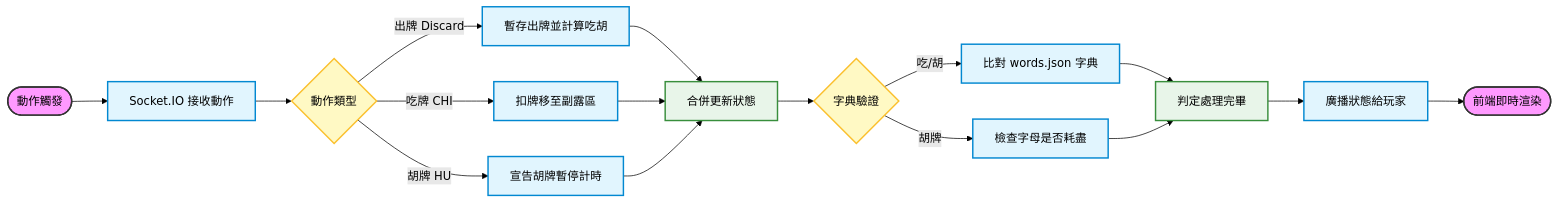
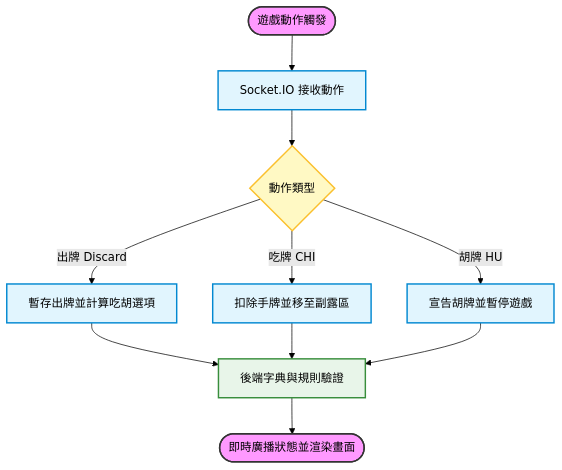
Before and after one commit to redbacon0423/english-mahjohn: the diagram in EXHIBITION.md, drawn with Mermaid (forest theme). The commit also changed 3 other files, not shown here.

Commit message:
docs: simplify process diagram steps for cleaner presentation and compact layout

````diff
--- a/EXHIBITION.md
+++ b/EXHIBITION.md
@@ -145,36 +145,27 @@
 ```mermaid
-flowchart LR
+flowchart TD
     %% Define Styles
     classDef startEnd fill:#f9f,stroke:#333,stroke-width:2px;
     classDef process fill:#e1f5fe,stroke:#0288d1,stroke-width:2px,color:#000;
     classDef branch fill:#fff9c4,stroke:#fbc02d,stroke-width:2px,color:#000;
     classDef merge fill:#e8f5e9,stroke:#388e3c,stroke-width:2px,color:#000;
     
-    Start([動作觸發]) --> ActionHandler[Socket.IO 接收動作]
+    Start([遊戲動作觸發]) --> ActionHandler[Socket.IO 接收動作]
     ActionHandler --> ActionBranch{動作類型}
     
-    ActionBranch -->|出牌 Discard| DiscardFlow[暫存出牌並計算吃胡]
-    ActionBranch -->|吃牌 CHI| ChiFlow[扣牌移至副露區]
-    ActionBranch -->|胡牌 HU| HuFlow[宣告胡牌暫停計時]
+    ActionBranch -->|出牌 Discard| DiscardFlow[暫存出牌並計算吃胡選項]
+    ActionBranch -->|吃牌 CHI| ChiFlow[扣除手牌並移至副露區]
+    ActionBranch -->|胡牌 HU| HuFlow[宣告胡牌並暫停遊戲]
     
-    DiscardFlow --> VerifyMerge[合併更新狀態]
+    DiscardFlow --> VerifyMerge[後端字典與規則驗證]
     ChiFlow --> VerifyMerge
     HuFlow --> VerifyMerge
     
-    VerifyMerge --> WordEngine{字典驗證}
-    
-    WordEngine -->|吃/胡| DictCheck[比對 words.json 字典]
-    WordEngine -->|胡牌| MatchCheck[檢查字母是否耗盡]
-    
-    DictCheck --> SyncMerge[判定處理完畢]
-    MatchCheck --> SyncMerge
-    
-    SyncMerge --> Broadcast[廣播狀態給玩家]
-    Broadcast --> Render([前端即時渲染])
+    VerifyMerge --> Broadcast([即時廣播狀態並渲染畫面])
     
     %% Apply styles
-    class Start,Render startEnd;
-    class ActionHandler,DiscardFlow,ChiFlow,HuFlow,DictCheck,MatchCheck,Broadcast process;
-    class ActionBranch,WordEngine branch;
-    class VerifyMerge,SyncMerge merge;
+    class Start,Broadcast startEnd;
+    class ActionHandler,DiscardFlow,ChiFlow,HuFlow process;
+    class ActionBranch branch;
+    class VerifyMerge merge;
 ```
````
